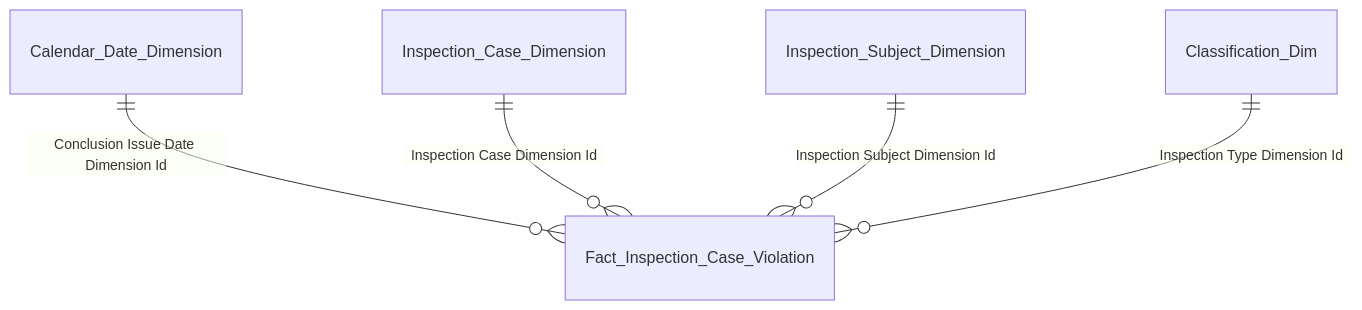
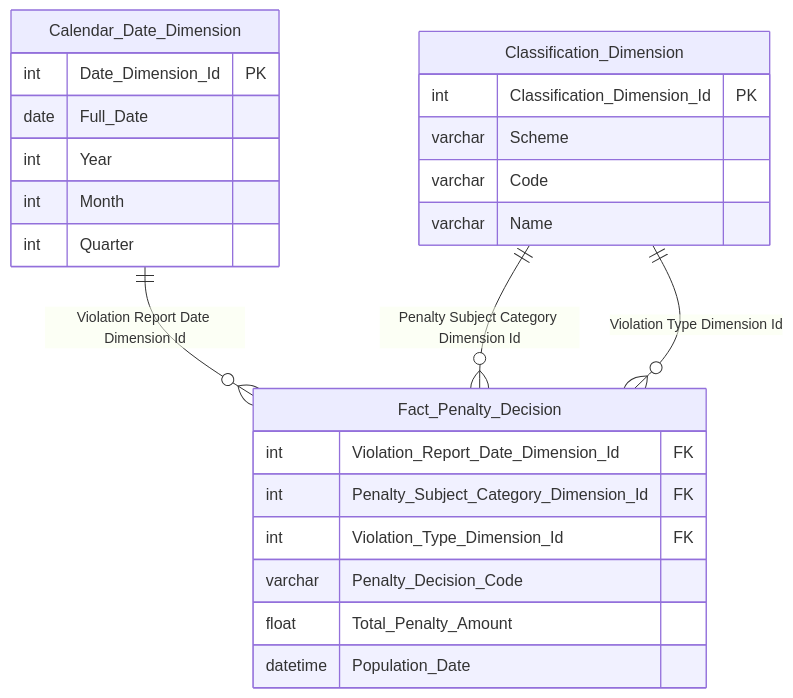
Diagram 15 of 25 in Gold/hld/GOLD_TT_HLD.md (linhlvit/ubck_atomic_design), drawn with Mermaid before and after one commit. The commit also changed other lines of this file and 7 other files, not shown here.

````diff
--- a/Gold/hld/GOLD_TT_HLD.md
+++ b/Gold/hld/GOLD_TT_HLD.md
@@ -481,7 +693,27 @@
 ```mermaid
 erDiagram
-    Calendar_Date_Dimension ||--o{ Fact_Inspection_Case_Violation : "Conclusion Issue Date Dimension Id"
-    Inspection_Case_Dimension ||--o{ Fact_Inspection_Case_Violation : "Inspection Case Dimension Id"
-    Inspection_Subject_Dimension ||--o{ Fact_Inspection_Case_Violation : "Inspection Subject Dimension Id"
-    Classification_Dim ||--o{ Fact_Inspection_Case_Violation : "Inspection Type Dimension Id"
+    Calendar_Date_Dimension ||--o{ Fact_Penalty_Decision : "Violation Report Date Dimension Id"
+    Classification_Dimension ||--o{ Fact_Penalty_Decision : "Penalty Subject Category Dimension Id"
+    Classification_Dimension ||--o{ Fact_Penalty_Decision : "Violation Type Dimension Id"
+    Fact_Penalty_Decision {
+        int Violation_Report_Date_Dimension_Id FK
+        int Penalty_Subject_Category_Dimension_Id FK
+        int Violation_Type_Dimension_Id FK
+        varchar Penalty_Decision_Code
+        float Total_Penalty_Amount
+        datetime Population_Date
+    }
+    Calendar_Date_Dimension {
+        int Date_Dimension_Id PK
+        date Full_Date
+        int Year
+        int Month
+        int Quarter
+    }
+    Classification_Dimension {
+        int Classification_Dimension_Id PK
+        varchar Scheme
+        varchar Code
+        varchar Name
+    }
 ```
````
